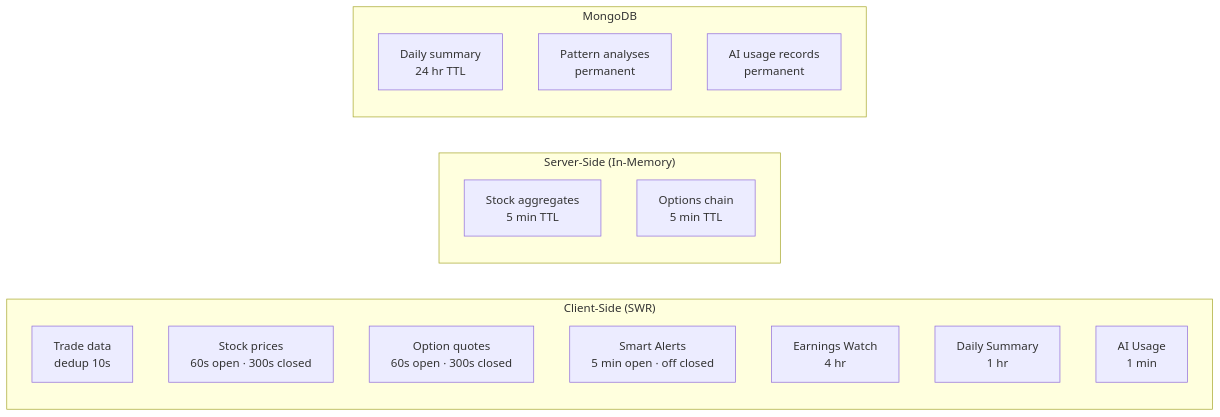
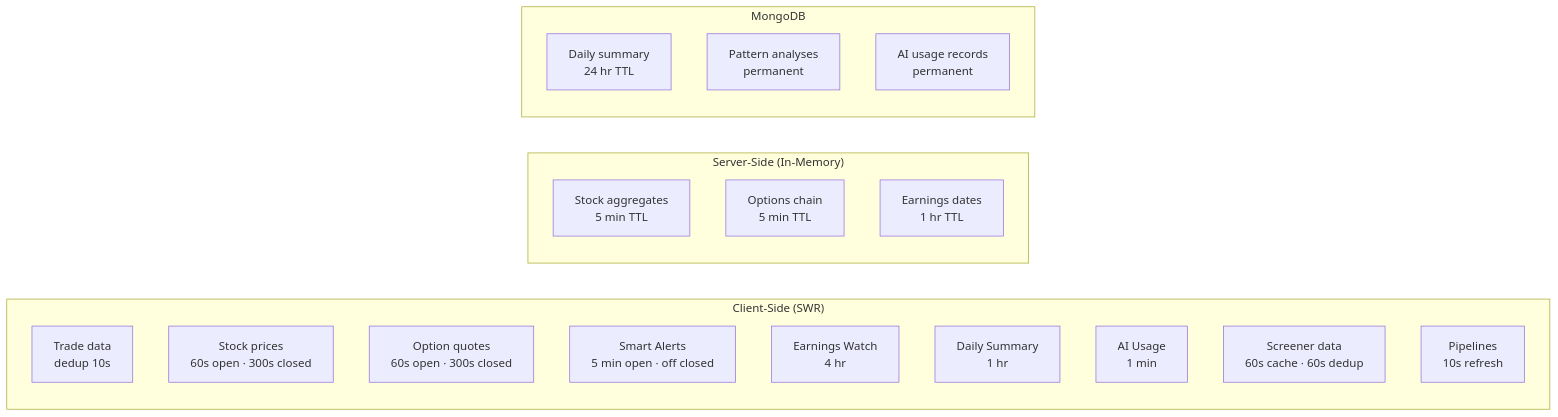
The eighth of 9 diagrams in docs/architecture.md (OptiTrade-AI/trading-dashboard), drawn with Mermaid before and after one commit. The commit also changed other lines of this file and 75 other files, not shown here.

````diff
--- a/docs/architecture.md
+++ b/docs/architecture.md
@@ -362,23 +403,26 @@
 ```mermaid
 graph LR
     subgraph Client["Client-Side (SWR)"]
         C1["Trade data<br/>dedup 10s"]
         C2["Stock prices<br/>60s open · 300s closed"]
         C3["Option quotes<br/>60s open · 300s closed"]
         C4["Smart Alerts<br/>5 min open · off closed"]
         C5["Earnings Watch<br/>4 hr"]
         C6["Daily Summary<br/>1 hr"]
         C7["AI Usage<br/>1 min"]
+        C8["Screener data<br/>60s cache · 60s dedup"]
+        C9["Pipelines<br/>10s refresh"]
     end
 
     subgraph Server["Server-Side (In-Memory)"]
         S1["Stock aggregates<br/>5 min TTL"]
         S2["Options chain<br/>5 min TTL"]
+        S3["Earnings dates<br/>1 hr TTL"]
     end
 
     subgraph DB["MongoDB"]
         D1["Daily summary<br/>24 hr TTL"]
         D2["Pattern analyses<br/>permanent"]
         D3["AI usage records<br/>permanent"]
     end
 ```
````
